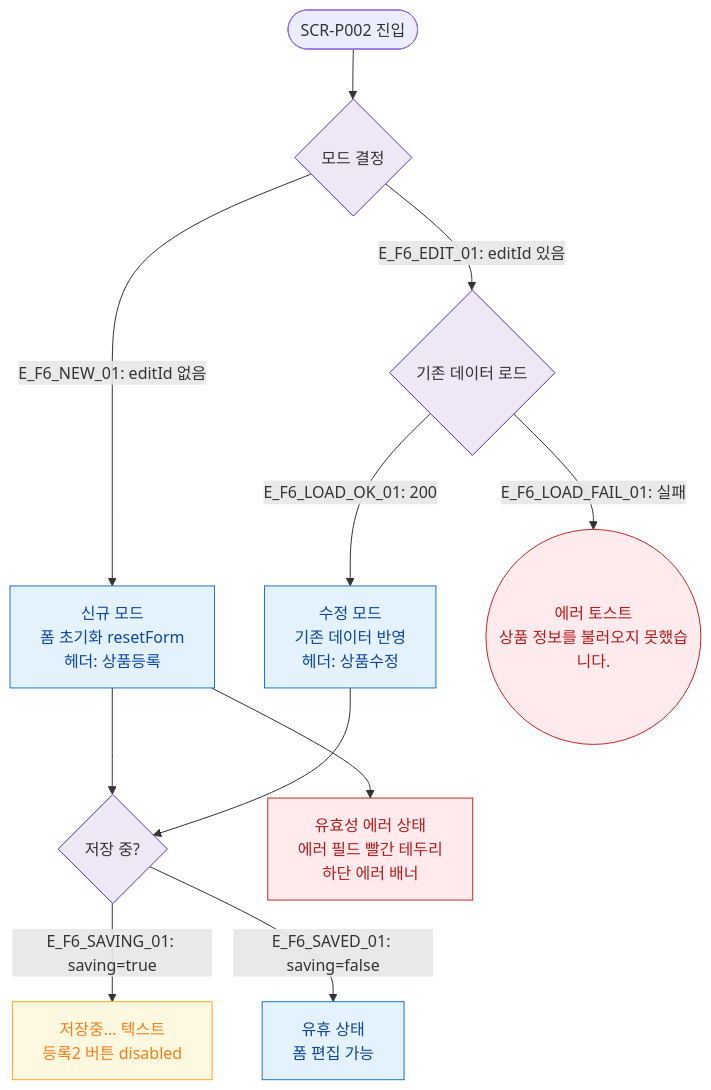
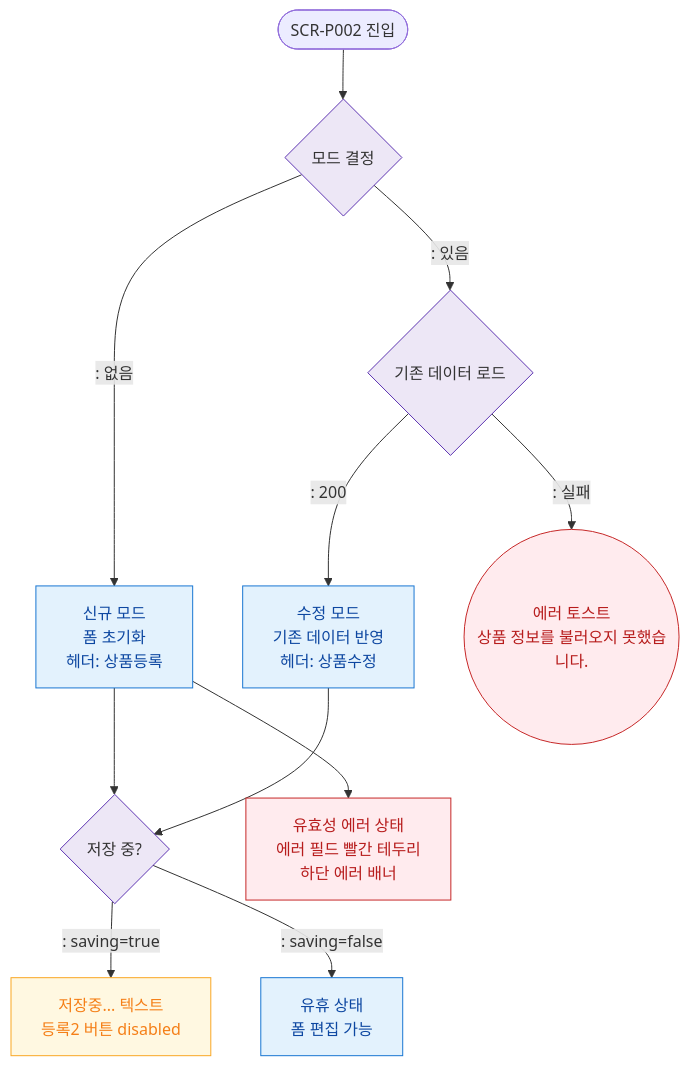
The diagram in docs/다이어그램/D05_상품관리/SCR-P002_상품등록수정_레거시/F6_상태별화면.md (dev-spogym/admin-pando), drawn with Mermaid before and after one commit. The commit also changed other lines of this file and 1660 other files, not shown here.

First line of the commit message:
다이어그램: 기획자/클라이언트 납품본으로 정리

````diff
--- a/docs/다이어그램/D05_상품관리/SCR-P002_상품등록수정_레거시/F6_상태별화면.md
+++ b/docs/다이어그램/D05_상품관리/SCR-P002_상품등록수정_레거시/F6_상태별화면.md
@@ -16,27 +14,27 @@
 ```mermaid
 flowchart TD
     ENTER([SCR-P002 진입]) --> ModeCheck{모드 결정}
 
-    ModeCheck -->|"E_F6_NEW_01: editId 없음"| StateNew[신규 모드\n폼 초기화 resetForm\n헤더: 상품등록]
-    ModeCheck -->|"E_F6_EDIT_01: editId 있음"| StateLoadEdit{기존 데이터 로드}
+    ModeCheck -->|": 없음"|StateNew[신규 모드\n폼 초기화 \n헤더: 상품등록]
+    ModeCheck -->|": 있음"|StateLoadEdit{기존 데이터 로드}
 
-    StateLoadEdit -->|"E_F6_LOAD_OK_01: 200"| StateEdit[수정 모드\n기존 데이터 반영\n헤더: 상품수정]
-    StateLoadEdit -->|"E_F6_LOAD_FAIL_01: 실패"| ErrLoad((에러 토스트\n상품 정보를 불러오지 못했습니다.))
+    StateLoadEdit -->|": 200"|StateEdit[수정 모드\n기존 데이터 반영\n헤더: 상품수정]
+    StateLoadEdit -->|": 실패"|ErrLoad((에러 토스트\n상품 정보를 불러오지 못했습니다.))
 
     StateNew --> StateSaving{저장 중?}
     StateEdit --> StateSaving
 
-    StateSaving -->|"E_F6_SAVING_01: saving=true"| StateSavingUI[저장중... 텍스트\n등록2 버튼 disabled]
-    StateSaving -->|"E_F6_SAVED_01: saving=false"| StateIdle[유휴 상태\n폼 편집 가능]
+    StateSaving -->|": saving=true"|StateSavingUI[저장중... 텍스트\n등록2 버튼 disabled]
+    StateSaving -->|": saving=false"|StateIdle[유휴 상태\n폼 편집 가능]
 
     StateNew --> StateValidErr[유효성 에러 상태\n에러 필드 빨간 테두리\n하단 에러 배너]
 
     classDef screen fill:#E3F2FD,stroke:#1976D2,color:#0D47A1
     classDef error fill:#FFEBEE,stroke:#C62828,color:#B71C1C
     classDef warning fill:#FFF8E1,stroke:#F9A825,color:#F57F17
     classDef system fill:#EDE7F6,stroke:#5E35B2
     class StateNew,StateEdit,StateIdle screen
     class ErrLoad,StateValidErr error
     class StateSavingUI warning
     class ModeCheck,StateLoadEdit,StateSaving system
 ```
````
